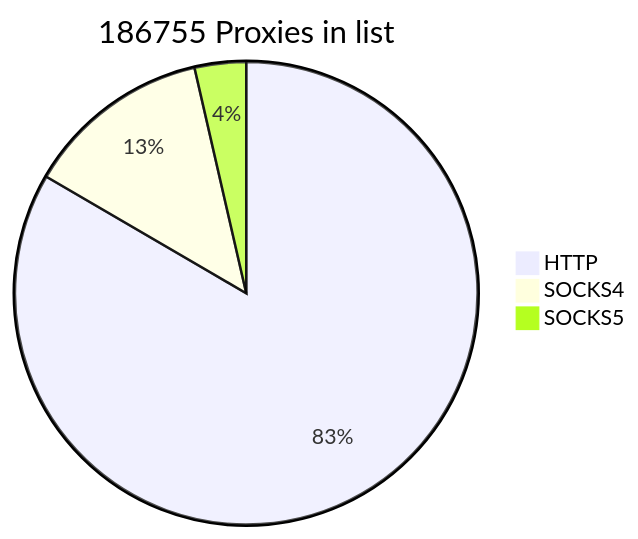
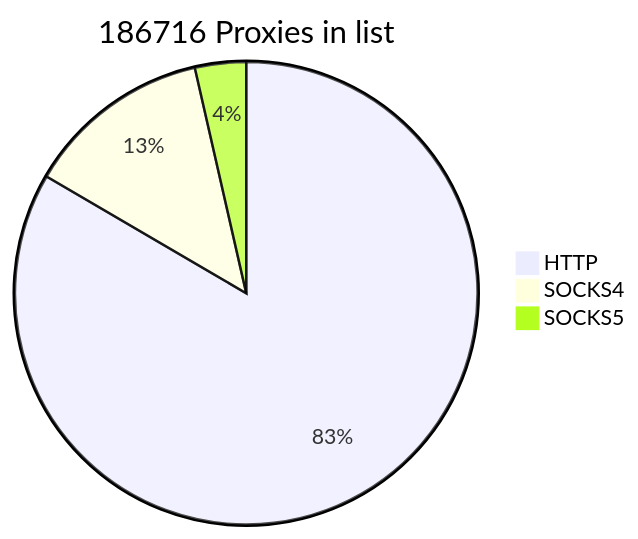
The first of 2 diagrams in README.md (cutipu/proxylist), drawn with Mermaid before and after one commit. The commit also changed other lines of this file, not shown here.

````diff
--- a/README.md
+++ b/README.md
@@ -2,7 +2,7 @@
 ```mermaid
-pie title 186755 Proxies in list
+pie title 186716 Proxies in list
     "HTTP" : 155760
     "SOCKS4" : 24288
-    "SOCKS5" : 6707
+    "SOCKS5" : 6668
             
 ```
````
